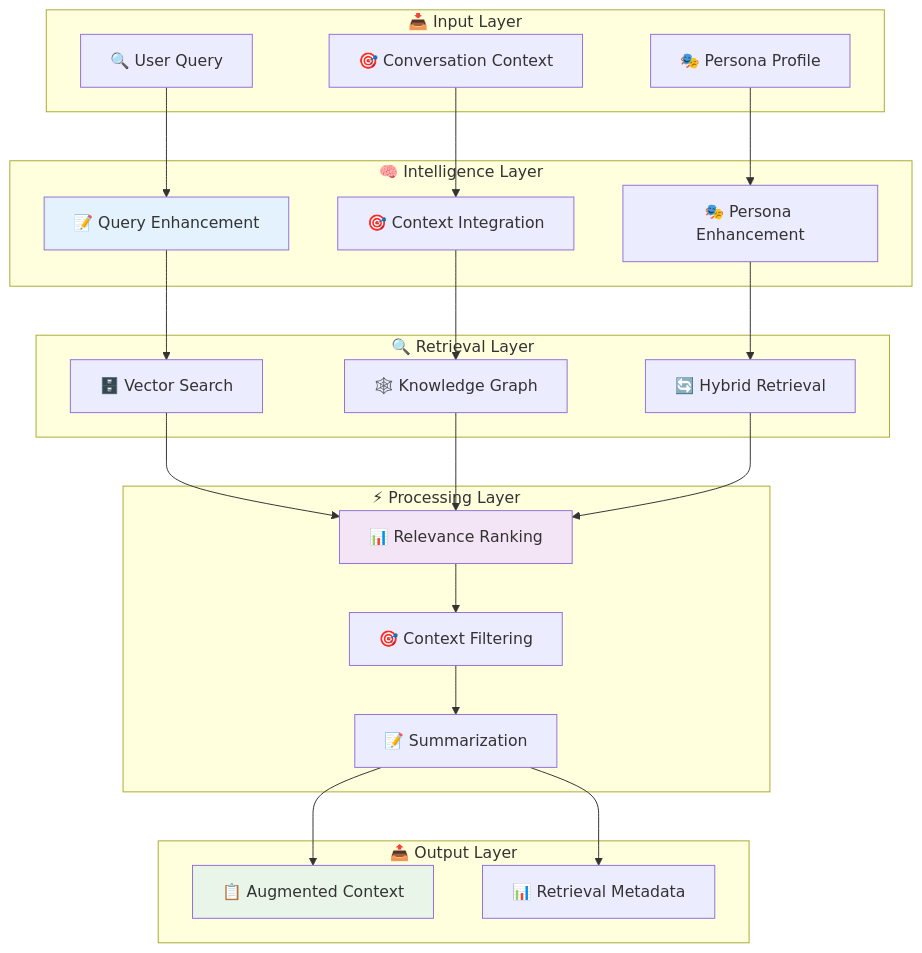
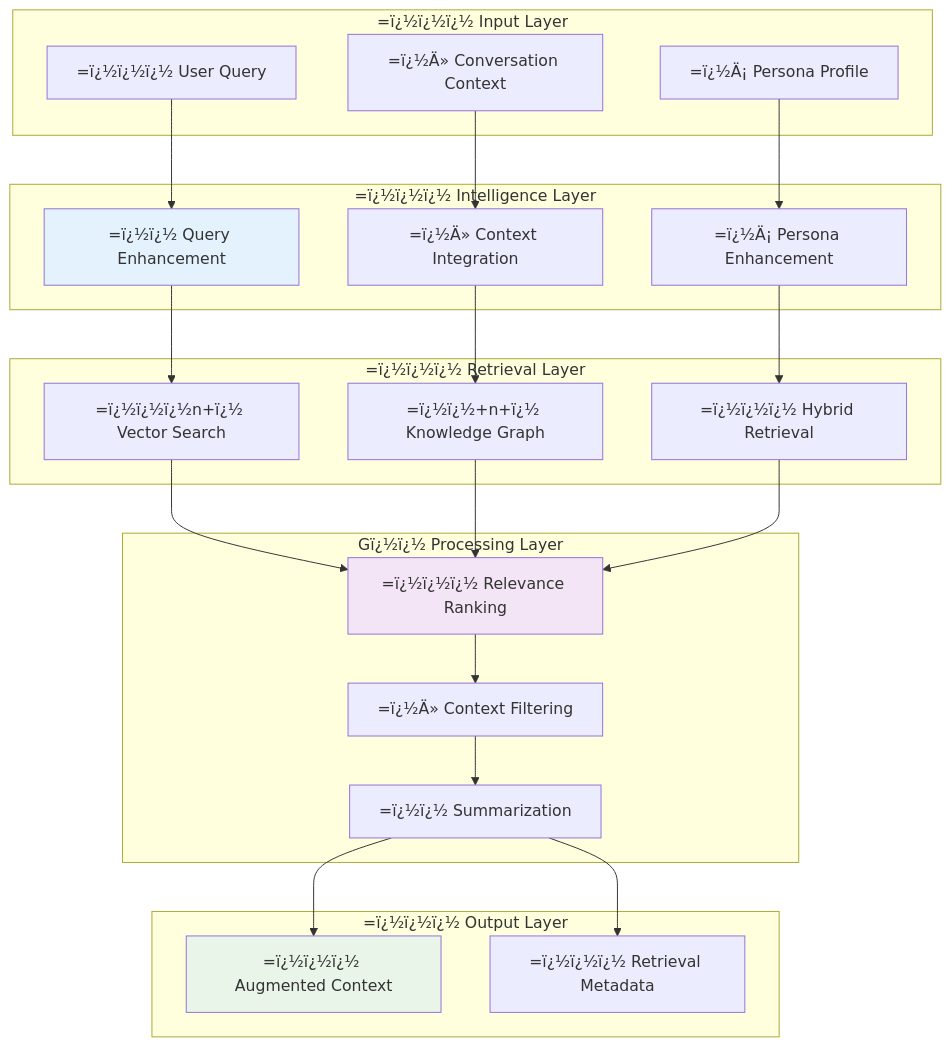
Before and after one commit to framersai/agentos-live-docs: diagram 13 of 15 in packages/agentos/docs/ARCHITECTURE.md, drawn with Mermaid. The commit also changed other lines of this file and 47 other files, not shown here.

````diff
--- a/packages/agentos/docs/ARCHITECTURE.md
+++ b/packages/agentos/docs/ARCHITECTURE.md
@@ -2286,52 +2294,52 @@
 ```mermaid
 graph TB
-    subgraph "📥 Input Layer"
-        QUERY[🔍 User Query]
-        CONTEXT[🎯 Conversation Context]
-        PERSONA[🎭 Persona Profile]
+    subgraph "=ï¿½ï¿½ï¿½ Input Layer"
+        QUERY[=ï¿½ï¿½ï¿½ User Query]
+        CONTEXT[=ï¿½Ä» Conversation Context]
+        PERSONA[=ï¿½Ä¡ Persona Profile]
     end
     
-    subgraph "🧠 Intelligence Layer"
-        QE[📝 Query Enhancement]
-        CI[🎯 Context Integration]
-        PE[🎭 Persona Enhancement]
+    subgraph "=ï¿½ï¿½ï¿½ Intelligence Layer"
+        QE[=ï¿½ï¿½ Query Enhancement]
+        CI[=ï¿½Ä» Context Integration]
+        PE[=ï¿½Ä¡ Persona Enhancement]
     end
     
-    subgraph "🔍 Retrieval Layer"
-        VS[🗄️ Vector Search]
-        KG[🕸️ Knowledge Graph]
-        HYBRID[🔄 Hybrid Retrieval]
+    subgraph "=ï¿½ï¿½ï¿½ Retrieval Layer"
+        VS[=ï¿½ï¿½ï¿½n+ï¿½ Vector Search]
+        KG[=ï¿½ï¿½+n+ï¿½ Knowledge Graph]
+        HYBRID[=ï¿½ï¿½ï¿½ Hybrid Retrieval]
     end
     
-    subgraph "⚡ Processing Layer"
-        RANK[📊 Relevance Ranking]
-        FILTER[🎯 Context Filtering]
-        SUMM[📝 Summarization]
+    subgraph "Gï¿½ï¿½ Processing Layer"
+        RANK[=ï¿½ï¿½ï¿½ Relevance Ranking]
+        FILTER[=ï¿½Ä» Context Filtering]
+        SUMM[=ï¿½ï¿½ Summarization]
     end
     
-    subgraph "📤 Output Layer"
-        CONTEXT_OUT[📋 Augmented Context]
-        METADATA[📊 Retrieval Metadata]
+    subgraph "=ï¿½ï¿½ï¿½ Output Layer"
+        CONTEXT_OUT[=ï¿½ï¿½ï¿½ Augmented Context]
+        METADATA[=ï¿½ï¿½ï¿½ Retrieval Metadata]
     end
     
     QUERY --> QE
     CONTEXT --> CI
     PERSONA --> PE
     
     QE --> VS
     CI --> KG
     PE --> HYBRID
     
     VS --> RANK
     KG --> RANK
     HYBRID --> RANK
     
     RANK --> FILTER
     FILTER --> SUMM
     SUMM --> CONTEXT_OUT
     SUMM --> METADATA
     
     style QE fill:#e3f2fd
     style RANK fill:#f3e5f5
     style CONTEXT_OUT fill:#e8f5e8
 ```
````
